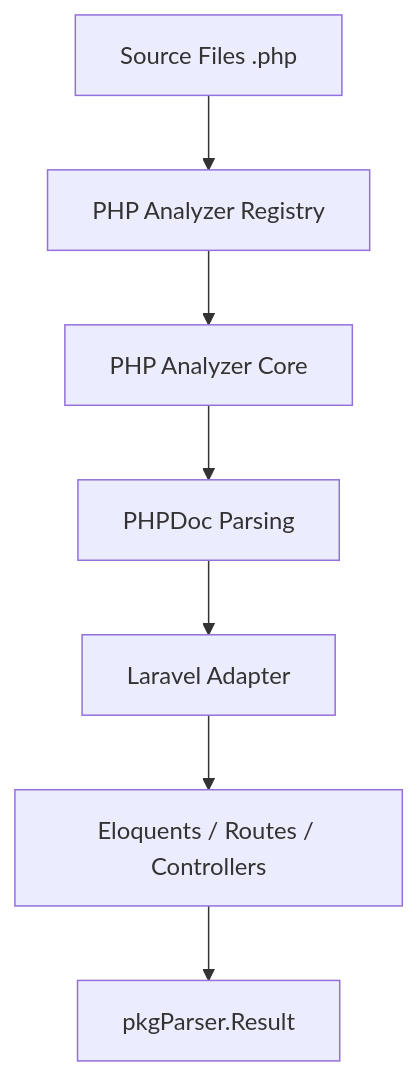
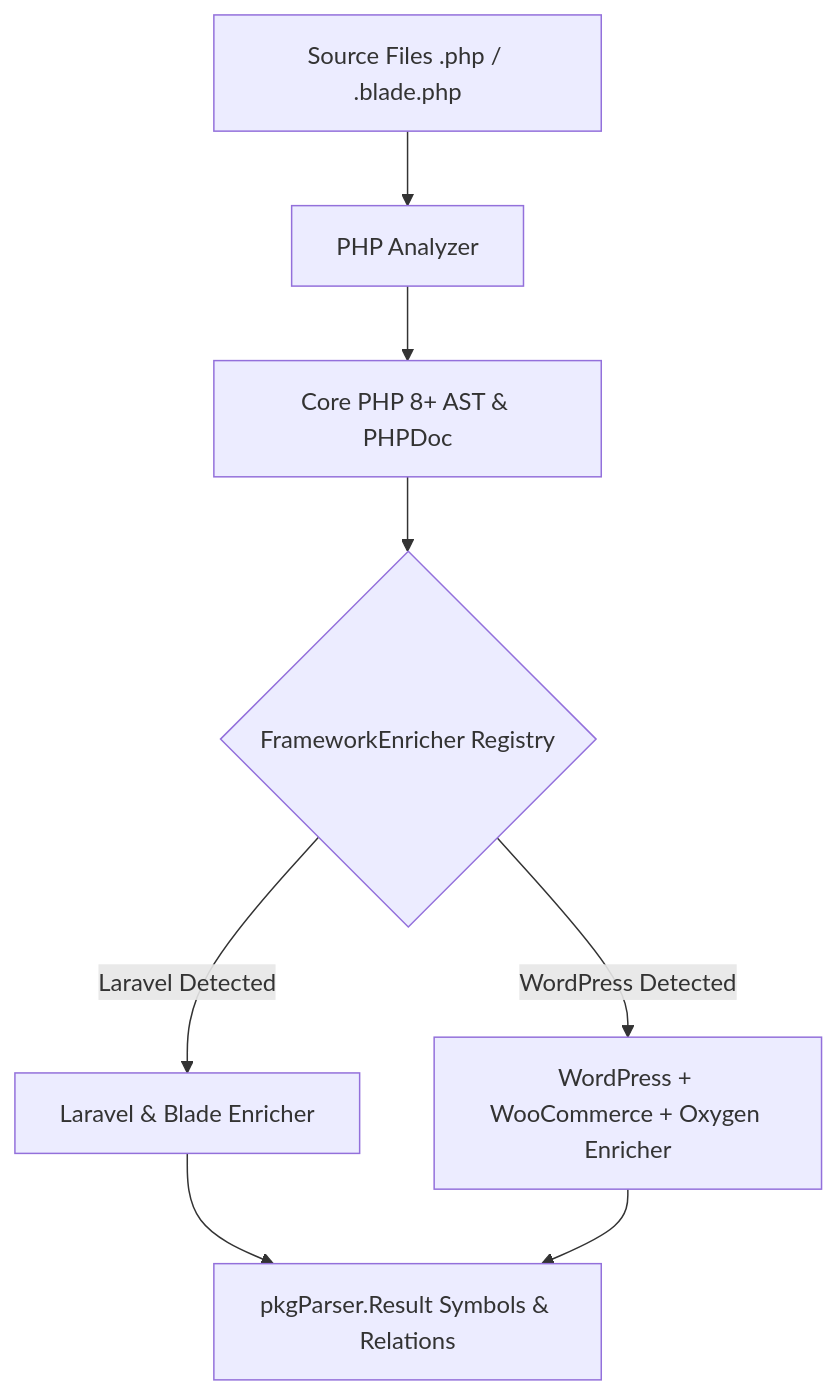
The diagram in pkg/parser/php/README.md (doITmagic/rag-code-mcp), drawn with Mermaid before and after one commit. The commit also changed other lines of this file and 7 other files, not shown here.

Commit message:
docs(parser): update and complete per-folder parser documentation (PHP/Laravel/WordPress/Oxygen/WooCommerce, JS/TS/React/Vue, HTML/GoTemplate, CSS, Docs)

````diff
--- a/pkg/parser/php/README.md
+++ b/pkg/parser/php/README.md
@@ -20,9 +20,9 @@
 ```mermaid
 graph TD
-    A[Source Files .php] --> B[PHP Analyzer Registry]
-    B --> C[PHP Analyzer Core]
-    C --> D[PHPDoc Parsing]
-    D --> E[Laravel Adapter]
-    E --> F[Eloquents / Routes / Controllers]
-    F --> G[pkgParser.Result]
+    A[Source Files .php / .blade.php] --> B[PHP Analyzer]
+    B --> C[Core PHP 8+ AST & PHPDoc]
+    C --> D{FrameworkEnricher Registry}
+    D -->|Laravel Detected| E[Laravel & Blade Enricher]
+    D -->|WordPress Detected| F[WordPress + WooCommerce + Oxygen Enricher]
+    E & F --> G[pkgParser.Result Symbols & Relations]
 ```
````
